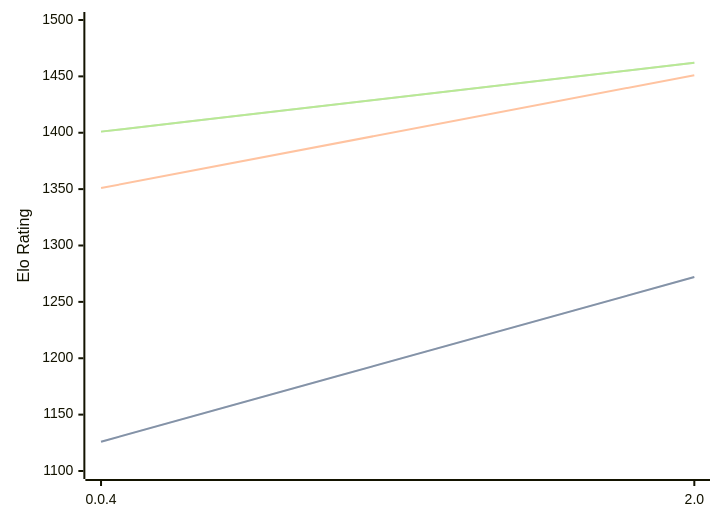
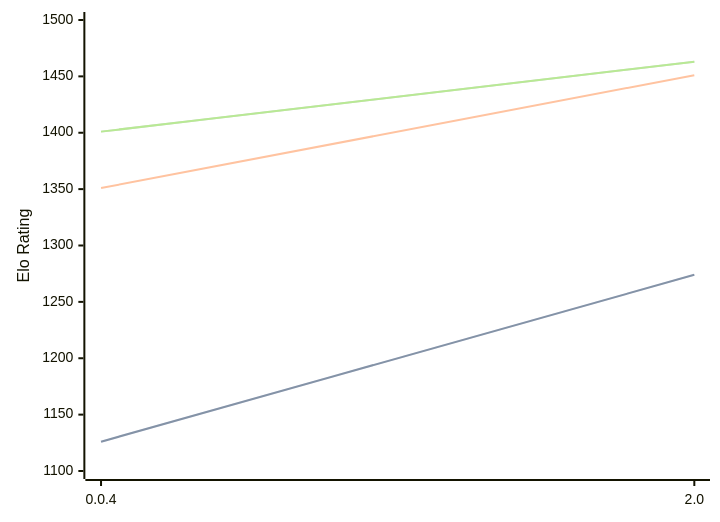
Before and after one commit to computer-chess-index/cci: the diagram in engines/Oops!Mate.md, drawn with Mermaid. The commit also changed other lines of this file, not shown here.

Commit message:
Update CCI Ratings (ELO VLTC) - 2026-07-24

````diff
--- a/engines/Oops!Mate.md
+++ b/engines/Oops!Mate.md
@@ -52,11 +52,11 @@
 ```mermaid
 %%{init: {"theme":"base","themeVariables":{"seriesColors:['#a3a3a3','#222221','#faa371']}}}%%
 xychart-beta
   x-axis ["0.0.4", "2.0"]
   y-axis "Elo Rating" 1100 --> 1500
-  line "STC (8.0+0.08s)" [1126, 1272]
-  line "STC (8.0+0.08s)" [1126, 1272]
+  line "STC (8.0+0.08s)" [1126, 1274]
+  line "STC (8.0+0.08s)" [1126, 1274]
   line "LTC (60.0+0.60s)" [1351, 1451]
-  line "VLTC (2m24s+1.12s)" [1401, 1462]
-  line "VLTC (2m24s+1.12s)" [1401, 1462]
+  line "VLTC (2m24s+1.12s)" [1401, 1463]
+  line "VLTC (2m24s+1.12s)" [1401, 1463]
 ```
````
